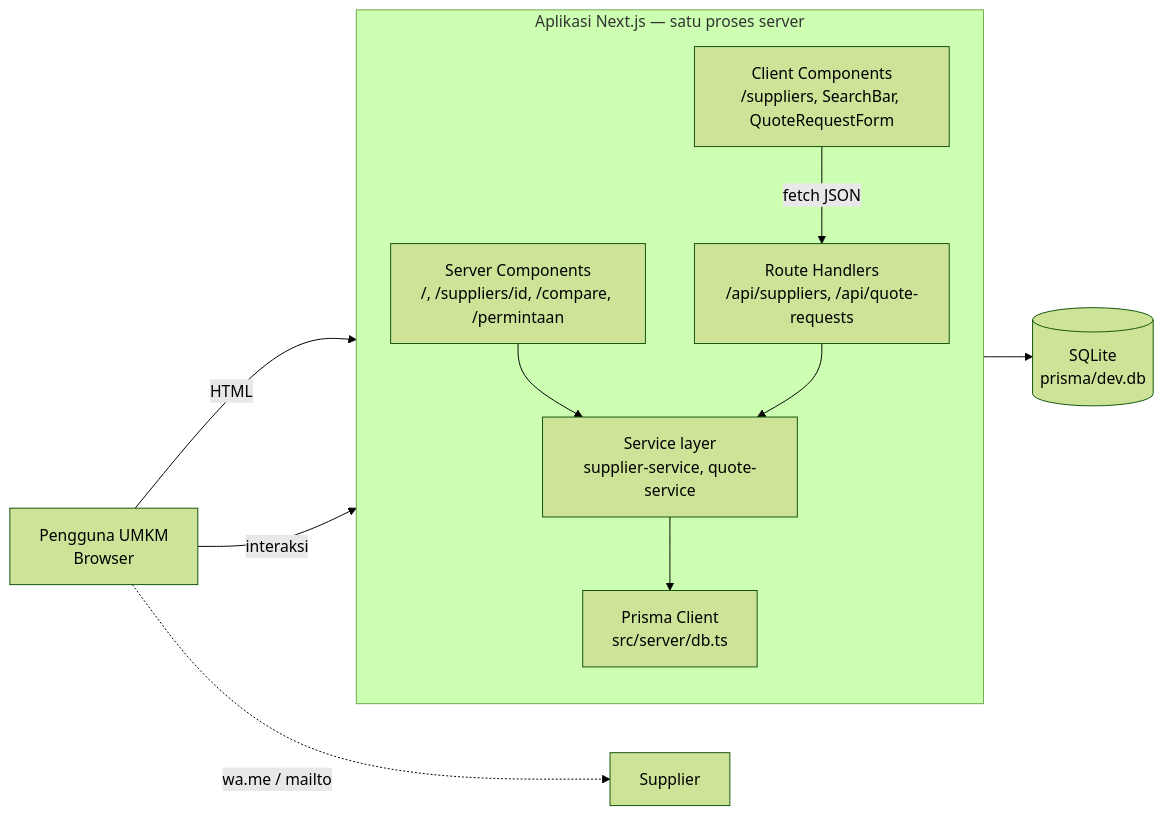
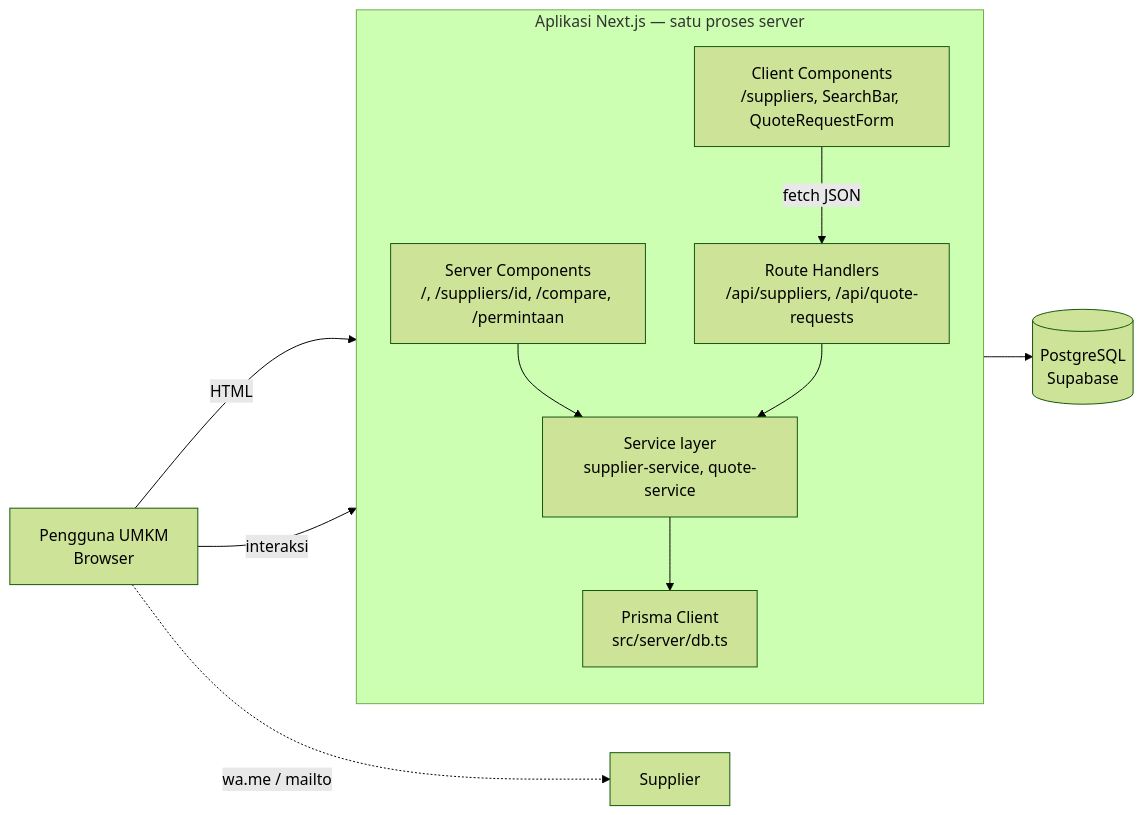
One commit to athifk0712/Rpl-app changed the first of 4 diagrams in ARCHITECTURE.md. Above: the diagram before and after it, drawn with Mermaid (forest theme). The commit also changed other lines of this file and 9 other files, not shown here.

````diff
--- a/ARCHITECTURE.md
+++ b/ARCHITECTURE.md
@@ -43,24 +45,24 @@
 ```mermaid
 flowchart LR
   User[Pengguna UMKM<br/>Browser]
 
   subgraph Next[Aplikasi Next.js — satu proses server]
     direction TB
     SC[Server Components<br/>/, /suppliers/id, /compare, /permintaan]
     CC[Client Components<br/>/suppliers, SearchBar, QuoteRequestForm]
     API[Route Handlers<br/>/api/suppliers, /api/quote-requests]
     SVC[Service layer<br/>supplier-service, quote-service]
     DBC[Prisma Client<br/>src/server/db.ts]
     SC --> SVC
     API --> SVC
     SVC --> DBC
   end
 
-  DB[(SQLite<br/>prisma/dev.db)]
+  DB[(PostgreSQL<br/>Supabase)]
 
   User -->|HTML| SC
   User -->|interaksi| CC
   CC -->|fetch JSON| API
   DBC --> DB
   User -.->|wa.me / mailto| Supplier[Supplier]
 ```
````
